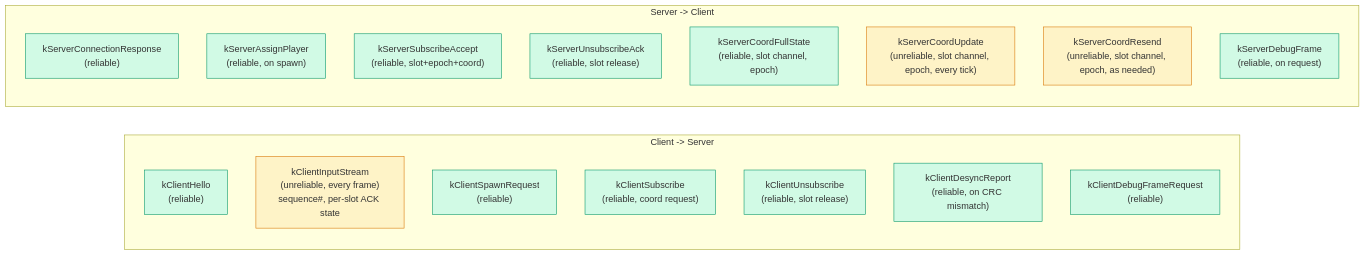
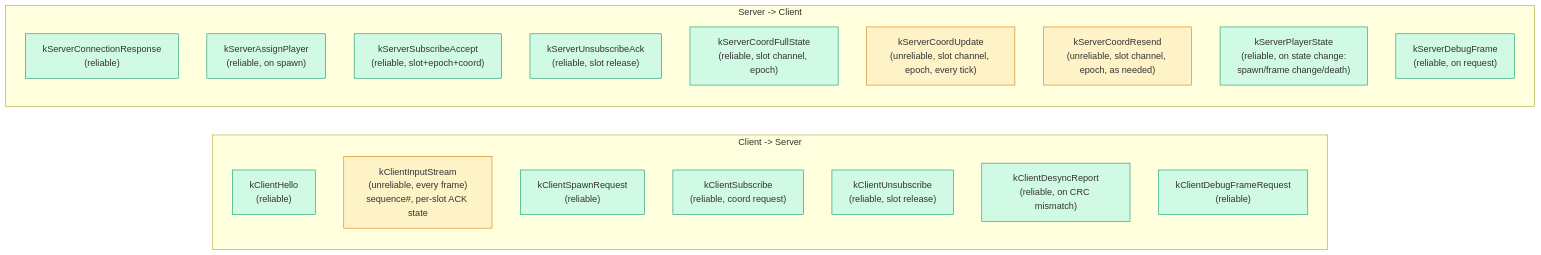
The fourth of 6 diagrams in Documents/Architecture/Network.md (DougTanner/BrokenEnginePublic), drawn with Mermaid before and after one commit. The commit also changed other lines of this file and 22 other files, not shown here.

````diff
--- a/Documents/Architecture/Network.md
+++ b/Documents/Architecture/Network.md
@@ -128,29 +133,31 @@
 ```mermaid
 %%{init: {'theme': 'default'}}%%
 graph LR
     classDef reliable fill:#d1fae5,stroke:#059669
     classDef unreliable fill:#fef3c7,stroke:#d97706
     classDef clientPkt fill:#dbeafe,stroke:#3b82f6
     classDef serverPkt fill:#fee2e2,stroke:#ef4444
 
     subgraph client_to_server ["Client -> Server"]
         kClientHello["kClientHello<br/>(reliable)"]:::reliable
         kClientInputStream["kClientInputStream<br/>(unreliable, every frame)<br/>sequence#, per-slot ACK state"]:::unreliable
         kClientSpawnRequest["kClientSpawnRequest<br/>(reliable)"]:::reliable
         kClientSubscribe["kClientSubscribe<br/>(reliable, coord request)"]:::reliable
         kClientUnsubscribe["kClientUnsubscribe<br/>(reliable, slot release)"]:::reliable
         kClientDesyncReport["kClientDesyncReport<br/>(reliable, on CRC mismatch)"]:::reliable
         kClientDebugFrameRequest["kClientDebugFrameRequest<br/>(reliable)"]:::reliable
     end
 
     subgraph server_to_client ["Server -> Client"]
         kServerConnectionResponse["kServerConnectionResponse<br/>(reliable)"]:::reliable
         kServerAssignPlayer["kServerAssignPlayer<br/>(reliable, on spawn)"]:::reliable
         kServerSubscribeAccept["kServerSubscribeAccept<br/>(reliable, slot+epoch+coord)"]:::reliable
         kServerUnsubscribeAck["kServerUnsubscribeAck<br/>(reliable, slot release)"]:::reliable
         kServerCoordFullState["kServerCoordFullState<br/>(reliable, slot channel, epoch)"]:::reliable
         kServerCoordUpdate["kServerCoordUpdate<br/>(unreliable, slot channel, epoch, every tick)"]:::unreliable
         kServerCoordResend["kServerCoordResend<br/>(unreliable, slot channel, epoch, as needed)"]:::unreliable
+        kServerPlayerState["kServerPlayerState<br/>(reliable, on state change:<br/>spawn/frame change/death)"]:::reliable
+        kServerPlayerState["kServerPlayerState<br/>(reliable, on state change:<br/>spawn/frame change/death)"]:::reliable
         kServerDebugFrame["kServerDebugFrame<br/>(reliable, on request)"]:::reliable
     end
 ```
````
